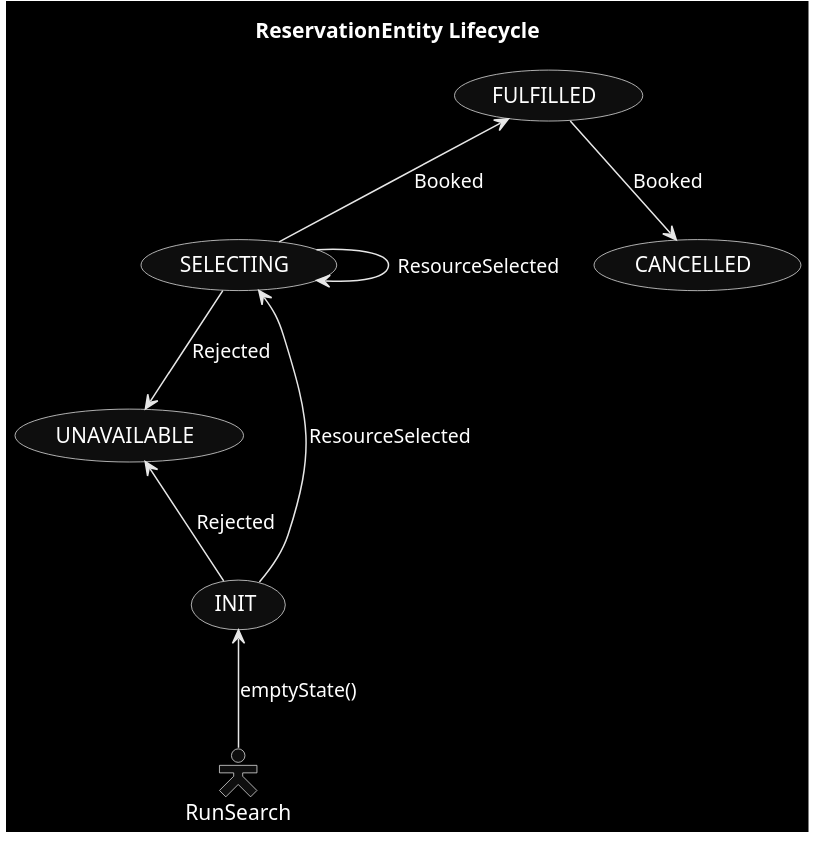
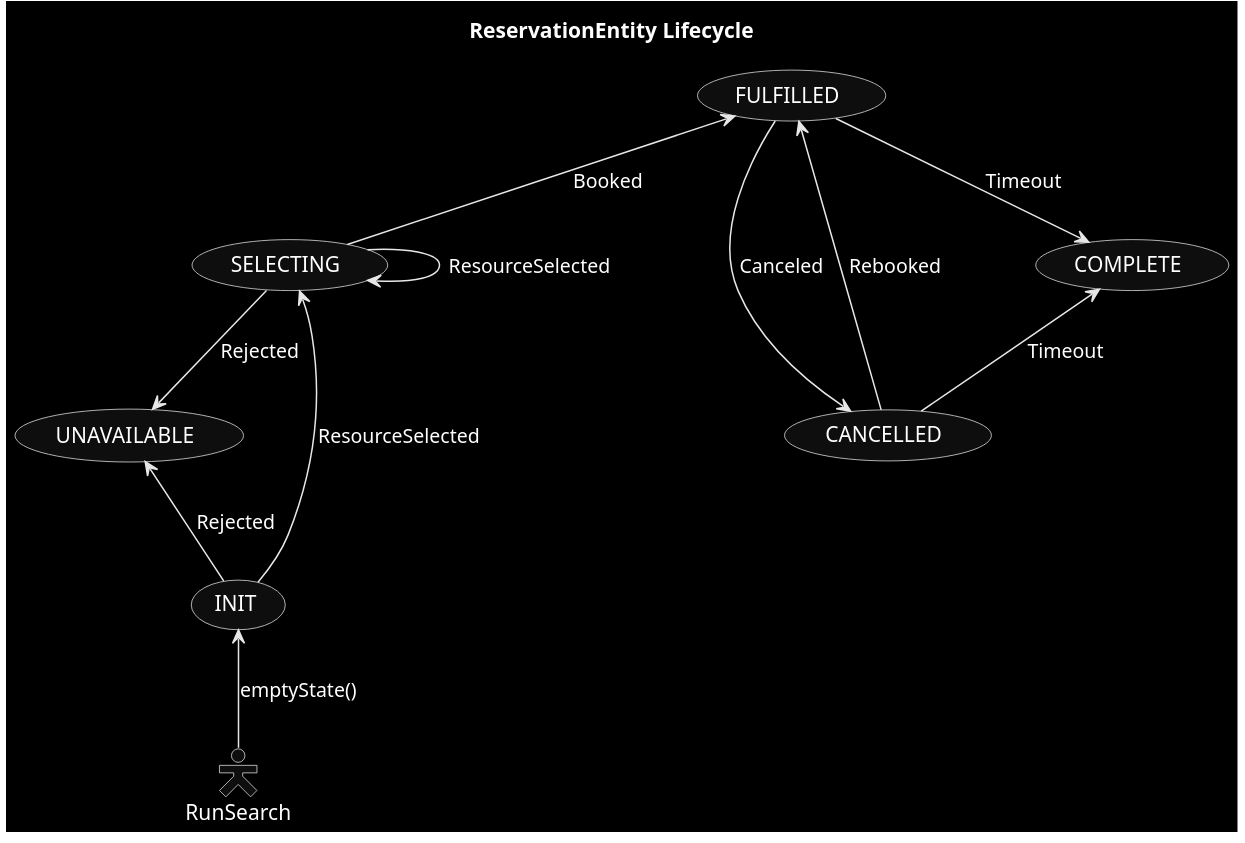
Before and after one commit to max8github/rez: the diagram in reservation/facility/docs/fsm.puml, drawn with PlantUML. The commit also changed 14 other files, not shown here.

```diff
--- a/reservation/facility/docs/fsm.puml
+++ b/reservation/facility/docs/fsm.puml
@@ -1,13 +1,17 @@
 @startuml
 skinparam monochrome reverse
 skinparam actorStyle hollow
 
 title ReservationEntity Lifecycle
 RunSearch -up-> (INIT): emptyState()
 (INIT) --> (SELECTING): ResourceSelected
 (SELECTING) --> (SELECTING): ResourceSelected
 (UNAVAILABLE) <-down- (INIT): Rejected
 (FULFILLED) <-- (SELECTING): Booked
 (UNAVAILABLE) <-up- (SELECTING): Rejected
-(FULFILLED) --> (CANCELLED): Booked
+(FULFILLED) --> (CANCELLED): Canceled
+(FULFILLED) <-- (CANCELLED): Rebooked
+'COMPLETE is when a reservation is in the past
+(COMPLETE) <-- (CANCELLED): Timeout
+(FULFILLED) --> (COMPLETE): Timeout
 @enduml
```
